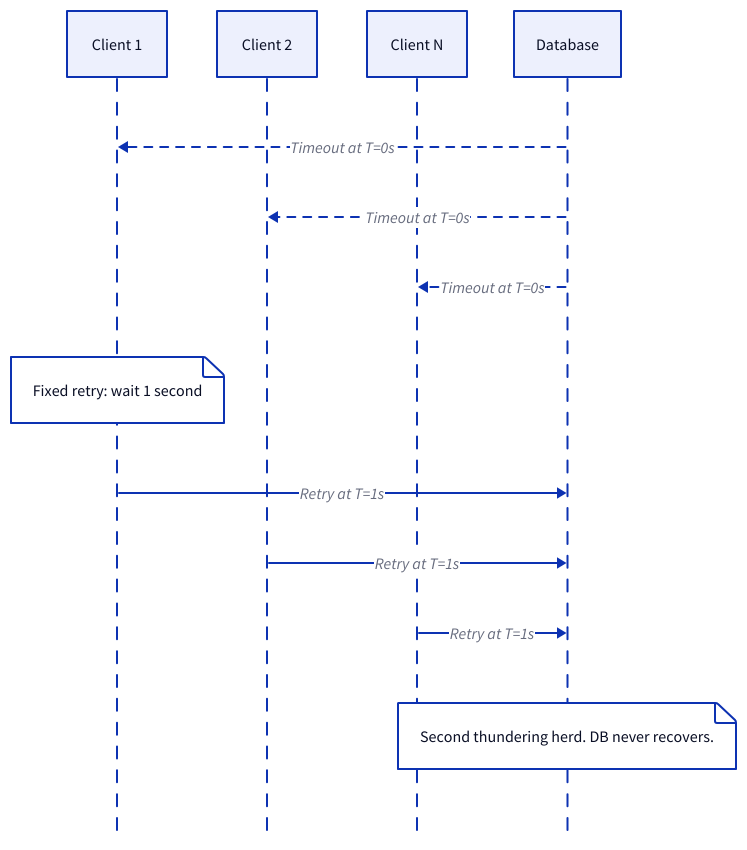
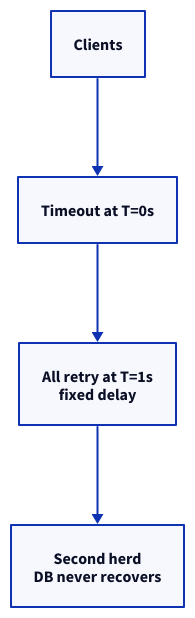
The fifth of 8 diagrams in src/content/blog/thundering-herd.md (g-savitha/gsavitha.in), drawn with D2 before and after one commit. The commit also changed other lines of this file and 11 other files, not shown here.

````diff
--- a/src/content/blog/thundering-herd.md
+++ b/src/content/blog/thundering-herd.md
@@ -295,15 +260,8 @@
 ```d2
-shape: sequence_diagram
-C1: "Client 1"
-C2: "Client 2"
-CN: "Client N"
-DB: Database
-DB -> C1: "Timeout at T=0s" {style.stroke-dash: 4}
-DB -> C2: "Timeout at T=0s" {style.stroke-dash: 4}
-DB -> CN: "Timeout at T=0s" {style.stroke-dash: 4}
-C1.note: "Fixed retry: wait 1 second"
-C1 -> DB: "Retry at T=1s"
-C2 -> DB: "Retry at T=1s"
-CN -> DB: "Retry at T=1s"
-DB.note: "Second thundering herd. DB never recovers."
+direction: down
+Clients: Clients {class: primary}
+TO: "Timeout at T=0s" {class: severity2}
+Retry: "All retry at T=1s\nfixed delay" {class: warning}
+Herd: "Second herd\nDB never recovers" {class: severity3}
+Clients -> TO -> Retry -> Herd
 ```
````
